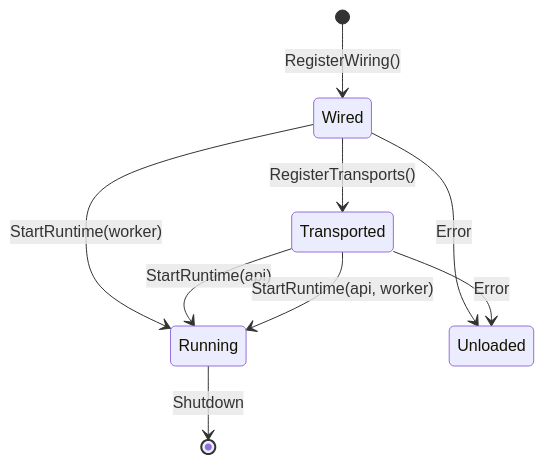
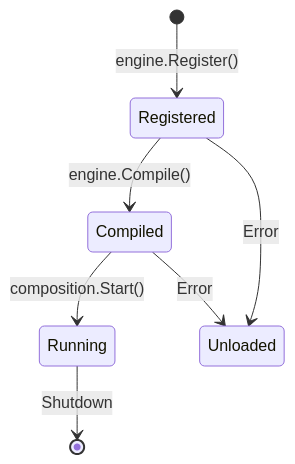
One commit to iota-uz/iota-sdk changed the first of 13 diagrams in docs/content/architecture/module-system.mdx. Above: the diagram before and after it, drawn with Mermaid. The commit also changed other lines of this file and 14 other files, not shown here.

````diff
--- a/docs/content/architecture/module-system.mdx
+++ b/docs/content/architecture/module-system.mdx
@@ -12,12 +12,10 @@
 ```mermaid
 stateDiagram-v2
-    [*] --> Wired: RegisterWiring()
-    Wired --> Transported: RegisterTransports()
-    Wired --> Running: StartRuntime(worker)
-    Transported --> Running: StartRuntime(api)
-    Transported --> Running: StartRuntime(api, worker)
+    [*] --> Registered: engine.Register()
+    Registered --> Compiled: engine.Compile()
+    Compiled --> Running: composition.Start()
     Running --> [*]: Shutdown
-     
-    Wired --> Unloaded: Error
-    Transported --> Unloaded: Error
+
+    Registered --> Unloaded: Error
+    Compiled --> Unloaded: Error
 ```
````
